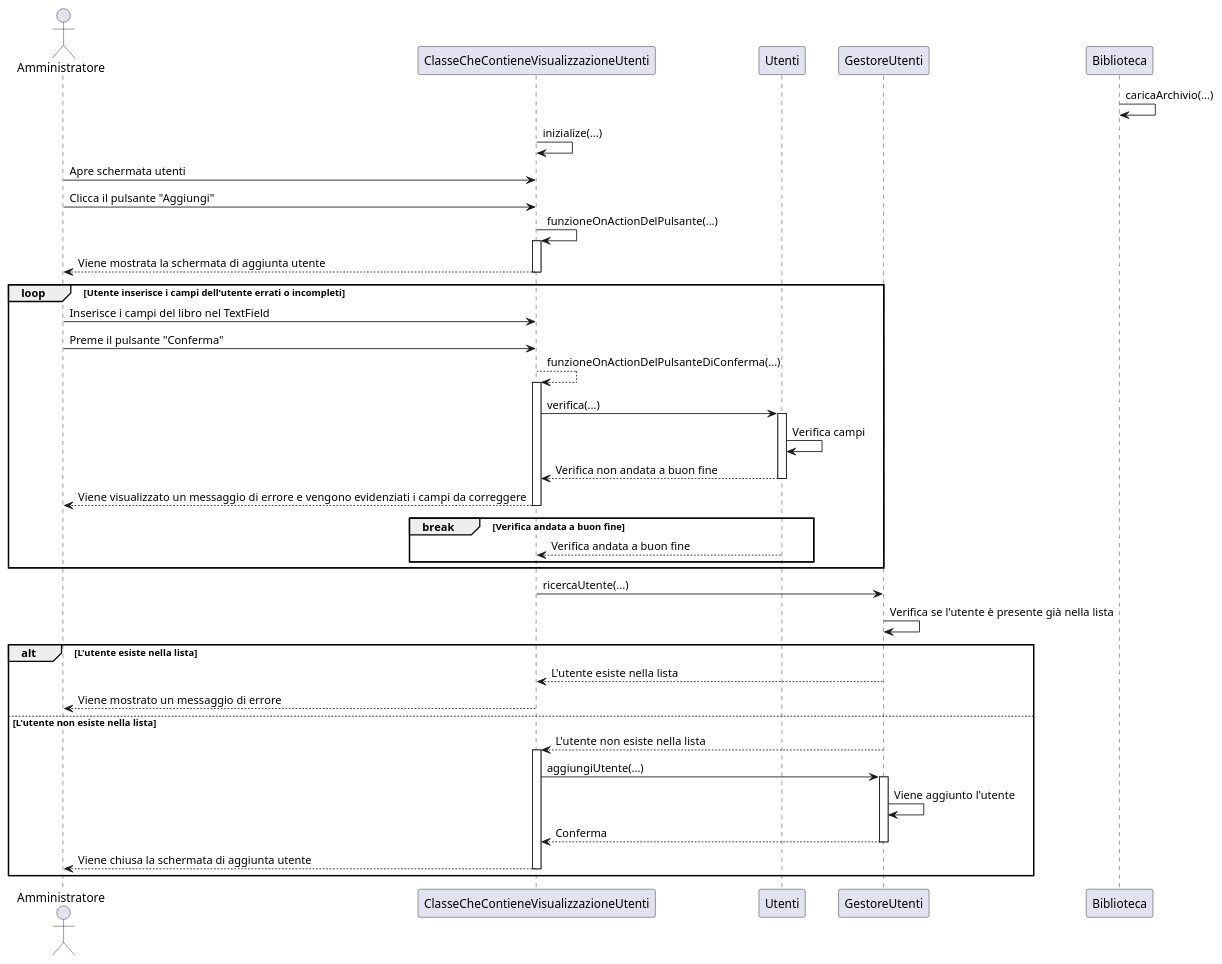
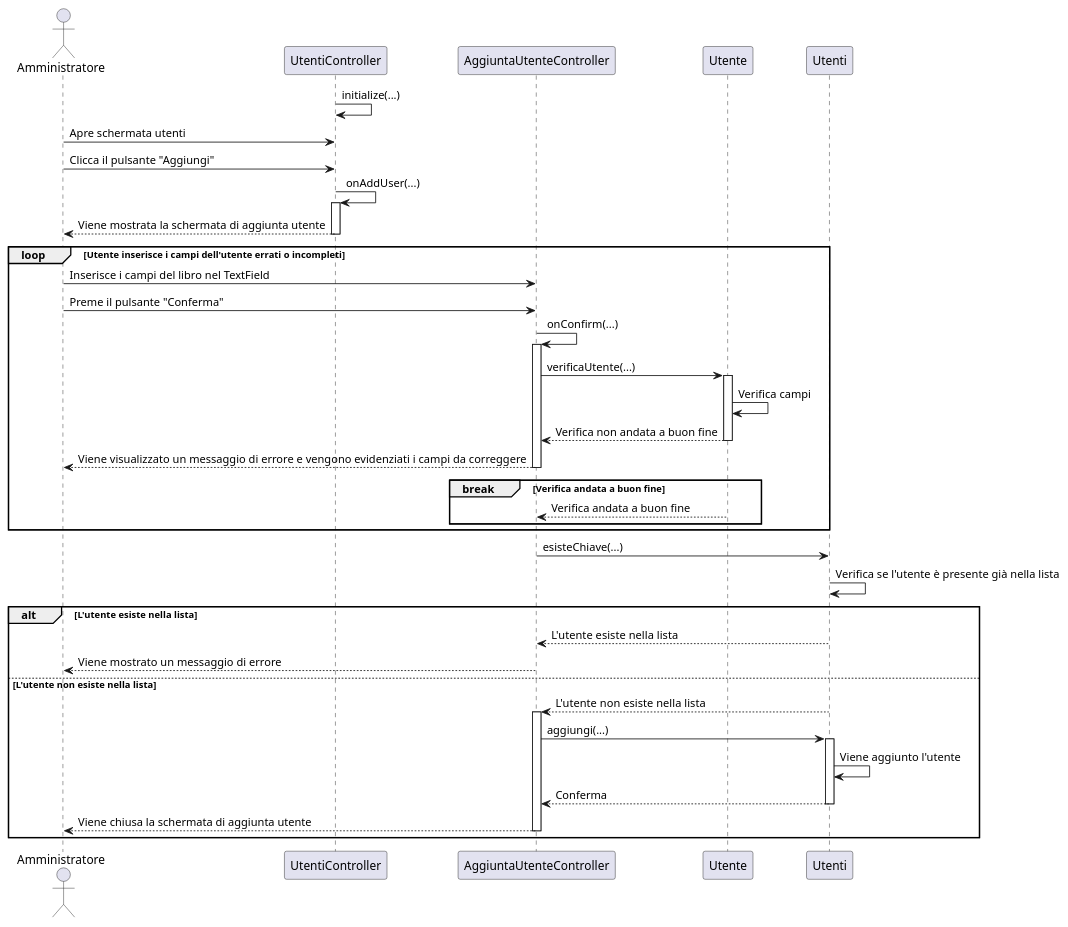
One commit to TitanVoid/ProgSE-Biblioteca changed the diagram in documents/DiagrammiUML/DiagrammiDiSequenza/diagrammaC7InserisciUtente.puml. Above: the diagram before and after it, drawn with PlantUML. The commit also changed 21 other files, not shown here.

Commit message:
Aggiornamento diagrammi di sequenza

```diff
--- a/documents/DiagrammiUML/DiagrammiDiSequenza/diagrammaC7InserisciUtente.puml
+++ b/documents/DiagrammiUML/DiagrammiDiSequenza/diagrammaC7InserisciUtente.puml
@@ -1,61 +1,60 @@
 @startuml
 
 	actor Amministratore as a
-	participant ClasseCheContieneVisualizzazioneUtenti as cvu
-	participant Utenti as u
-	participant GestoreUtenti as gu
-	participant Biblioteca as b
+	participant UtentiController as cvu
+	participant AggiuntaUtenteController as auc
+	participant Utente as u
+	participant Utenti as gu
 
-	b->b: caricaArchivio(...)
-	cvu->cvu: inizialize(...)
+	cvu->cvu: initialize(...)
 	a->cvu: Apre schermata utenti
 	a->cvu: Clicca il pulsante "Aggiungi"
 
-	cvu->cvu: funzioneOnActionDelPulsante(...)
+	cvu->cvu: onAddUser(...)
 	activate cvu
 		cvu --> "a": Viene mostrata la schermata di aggiunta utente
 	deactivate cvu
 
 	'Flusso alternativo
 	loop Utente inserisce i campi dell'utente errati o incompleti
-		a->cvu: Inserisce i campi del libro nel TextField
-		a->cvu: Preme il pulsante "Conferma"
-		cvu-->cvu: funzioneOnActionDelPulsanteDiConferma(...)
-		activate cvu
-			cvu-> u: verifica(...)
+		a->auc: Inserisce i campi del libro nel TextField
+		a->auc: Preme il pulsante "Conferma"
+		auc->auc: onConfirm(...)
+		activate auc
+			auc-> u: verificaUtente(...)
 			activate u
 				u -> u: Verifica campi
-				u --> cvu: Verifica non andata a buon fine
+				u --> auc: Verifica non andata a buon fine
 				deactivate u
-				cvu-->a: Viene visualizzato un messaggio di errore e vengono evidenziati i campi da correggere
-			deactivate cvu
+				auc-->a: Viene visualizzato un messaggio di errore e vengono evidenziati i campi da correggere
+			deactivate auc
 		
 		'Condizione di uscita dal loop
 		break Verifica andata a buon fine
-			u --> cvu: Verifica andata a buon fine
+			u --> auc: Verifica andata a buon fine
 		end
 	end
 
-	cvu -> gu: ricercaUtente(...)
+	auc -> gu: esisteChiave(...)
 		 
 			gu -> gu: Verifica se l'utente è presente già nella lista
 		
 
 	'Non è possibile inserire due utenti uguali quindi ne si verifica l'univocità
 	alt L'utente esiste nella lista		
-		gu-->cvu: L'utente esiste nella lista
-		cvu-->a: Viene mostrato un messaggio di errore	
+		gu-->auc: L'utente esiste nella lista
+		auc-->a: Viene mostrato un messaggio di errore	
 	else L'utente non esiste nella lista
-		gu --> cvu: L'utente non esiste nella lista
-		activate cvu
-			cvu->gu: aggiungiUtente(...)
+		gu --> auc: L'utente non esiste nella lista
+		activate auc
+			auc->gu: aggiungi(...)
 			activate gu
 				gu->gu: Viene aggiunto l'utente
-				gu --> cvu: Conferma
+				gu --> auc: Conferma
 				deactivate gu
-				cvu-->a: Viene chiusa la schermata di aggiunta utente
-		deactivate cvu
+				auc-->a: Viene chiusa la schermata di aggiunta utente
+		deactivate auc
 		
 	end
 
 @enduml
```
